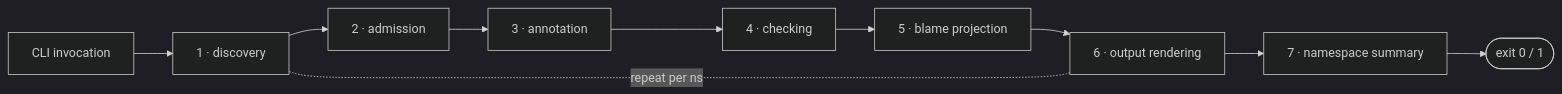
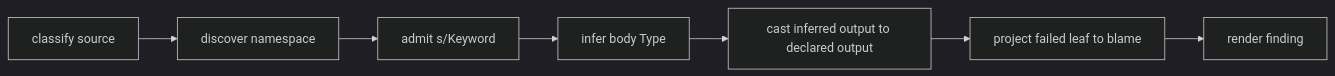
One commit to nomicflux/skeptic changed the diagram in skeptic/docs/walkthrough/01-pipeline-tour.md. Above: the diagram before and after it, drawn with Mermaid (dark theme). The commit also changed other lines of this file and 12 other files, not shown here.

````diff
--- a/skeptic/docs/walkthrough/01-pipeline-tour.md
+++ b/skeptic/docs/walkthrough/01-pipeline-tour.md
@@ -40,12 +63,9 @@
 ```mermaid
 flowchart LR
-  cli[CLI invocation] --> p1[1 · discovery]
-  p1 --> p2[2 · admission]
-  p2 --> p3[3 · annotation]
-  p3 --> p4[4 · checking]
-  p4 --> p5[5 · blame projection]
-  p5 --> p6[6 · output rendering]
-  p6 -. repeat per ns .- p1
-  p6 --> p7[7 · namespace summary]
-  p7 --> done([exit 0 / 1])
+  source[classify source] --> discovery[discover namespace]
+  discovery --> admission[admit s/Keyword]
+  admission --> annotation[infer body Type]
+  annotation --> checking[cast inferred output to declared output]
+  checking --> blame[project failed leaf to blame]
+  blame --> output[render finding]
 ```
````
